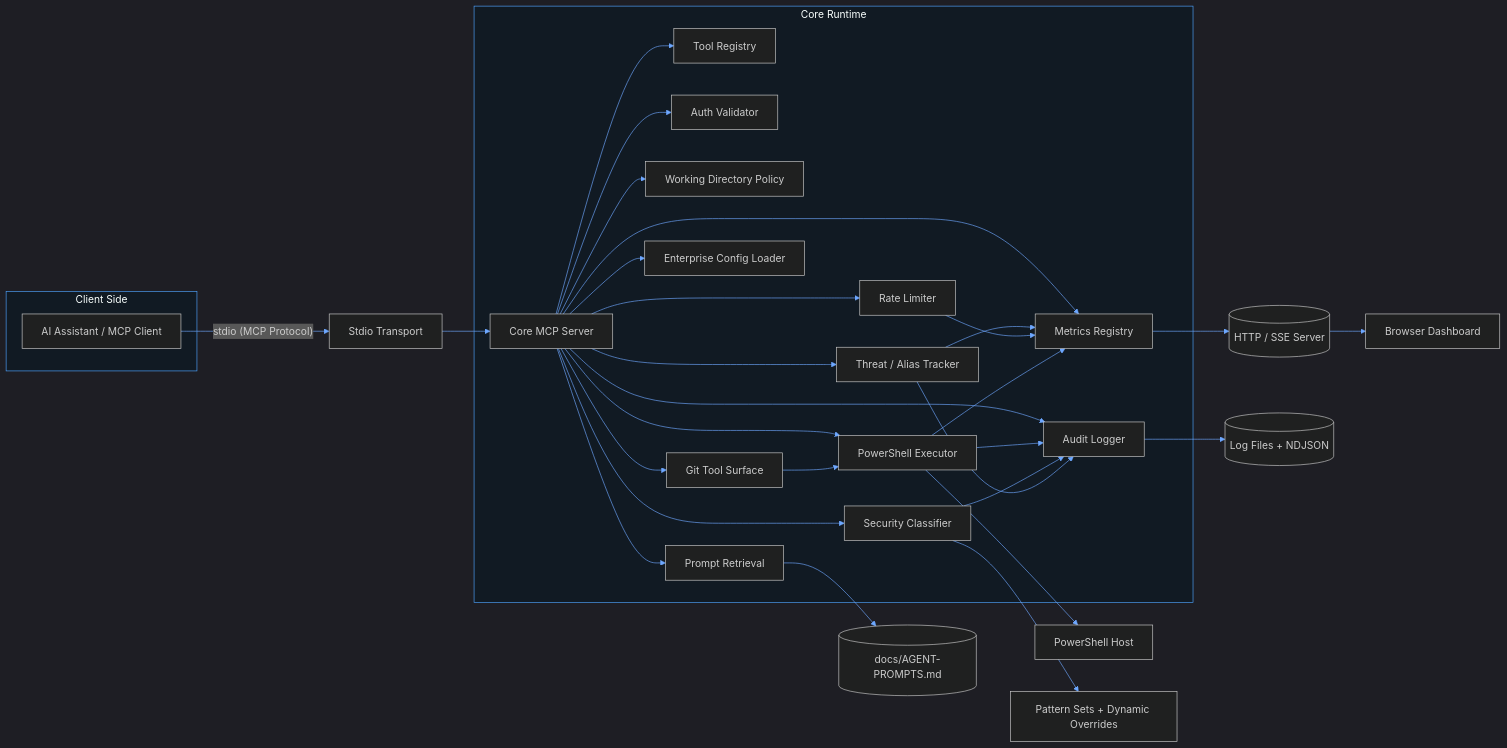
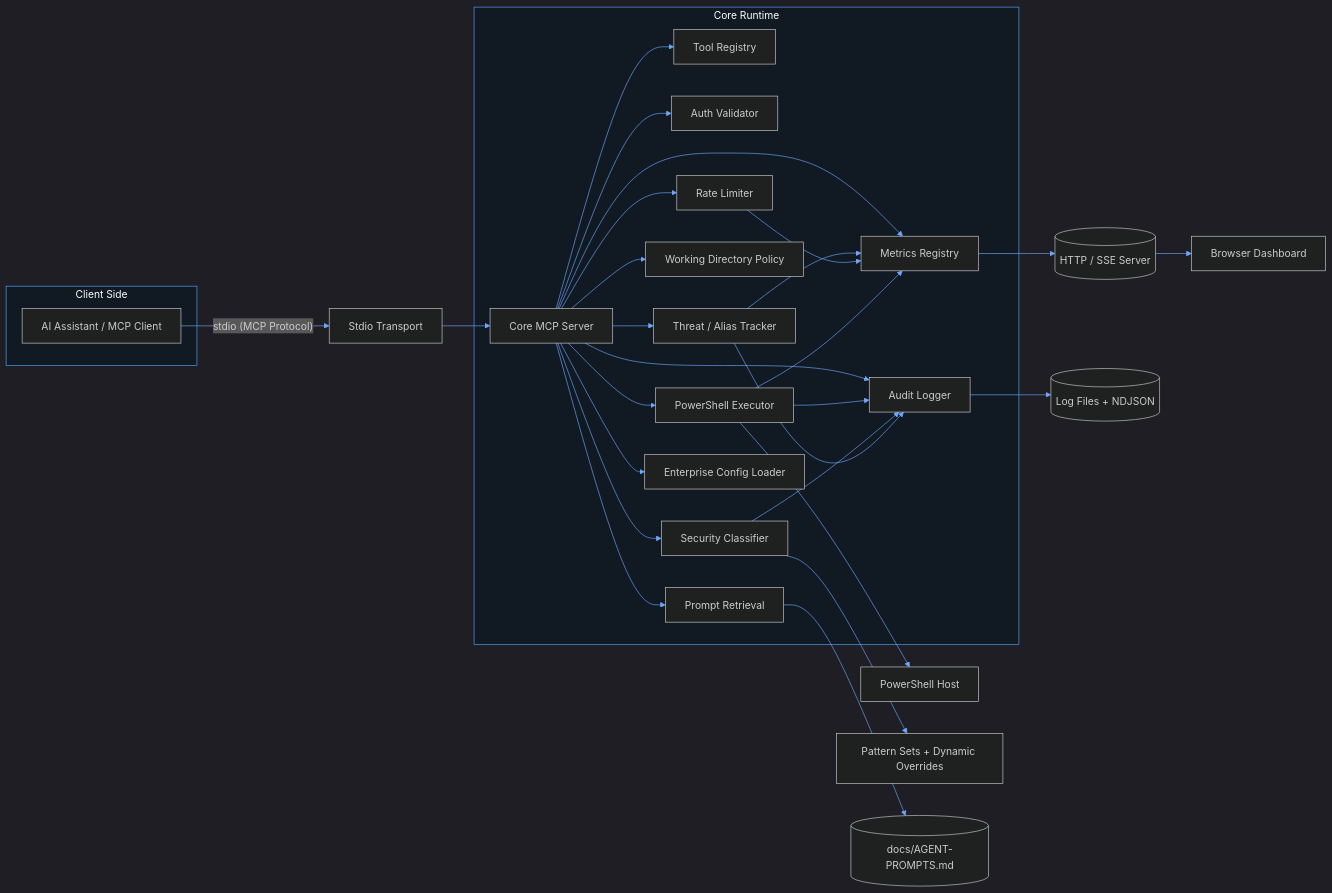
The first of 11 diagrams in docs/ARCHITECTURE.md (jagilber-org/powershell-mcp-server), drawn with Mermaid before and after one commit.

Commit message:
docs(architecture): remove outdated Git Tool Surface node (classification only now)

````diff
--- a/docs/ARCHITECTURE.md
+++ b/docs/ARCHITECTURE.md
@@ -9,38 +9,37 @@
 ```mermaid
 %%{init: {'theme':'dark','themeVariables': { 'primaryColor': '#1e2730','primaryTextColor':'#e6f1ff','primaryBorderColor':'#4fa3ff','lineColor':'#6ea8ff','secondaryColor':'#2a3542','tertiaryColor':'#16202a','nodeTextColor':'#e6f1ff','clusterBkg':'#111a23','clusterBorder':'#4fa3ff','noteBkgColor':'#2d3640','noteTextColor':'#e6f1ff','fontFamily':'Segoe UI,Inter,Arial'}}}%%
 flowchart LR
     subgraph Client Side
         A[AI Assistant / MCP Client]
     end
     A -- stdio (MCP Protocol) --> T[Stdio Transport]
     T --> C[Core MCP Server]
 
     subgraph Core Runtime
         C --> TOOLREG[Tool Registry]
         C --> AUTH[Auth Validator]
         C --> RL[Rate Limiter]
         C --> SEC[Security Classifier]
         C --> WD[Working Directory Policy]
         C --> EXEC[PowerShell Executor]
         C --> LOG[Audit Logger]
         C --> THREAT[Threat / Alias Tracker]
     C --> METRICS[Metrics Registry]
         C --> PROMPTS[Prompt Retrieval]
         C --> CONFIG[Enterprise Config Loader]
-    C --> GITTOOLS[Git Tool Surface]
     end
 
     EXEC --> PS[PowerShell Host]
     SEC --> PATTERNS[Pattern Sets + Dynamic Overrides]
     METRICS --> HTTP[(HTTP / SSE Server)]
-    GITTOOLS --> EXEC
+    %% (Removed outdated Git Tool Surface node – git commands are handled through Security Classifier + PowerShell Executor, no dedicated git tools exposed)
     HTTP --> DASH[Browser Dashboard]
     LOG --> FILES[(Log Files + NDJSON)]
     THREAT --> METRICS
     RL --> METRICS
     EXEC --> METRICS
     EXEC --> LOG
     SEC --> LOG
     THREAT --> LOG
     PROMPTS --> FILEPROMPTS[(docs/AGENT-PROMPTS.md)]
 ```
````
